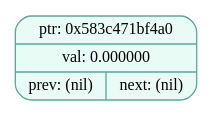
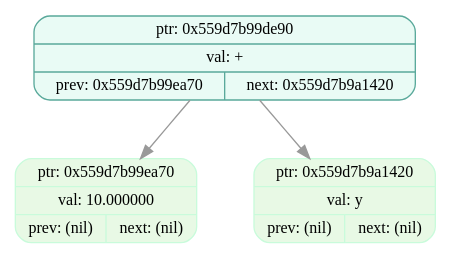
One commit to EvilTomato9890/Difference changed the diagram in dumps/tree_dump_005.dot. Above: the diagram before and after it, drawn with Graphviz. The commit also changed 36 other files, not shown here.

```diff
--- a/dumps/tree_dump_005.dot
+++ b/dumps/tree_dump_005.dot
@@ -1,5 +1,9 @@
 digraph T{
   node [fontname="Fira Mono",shape=record,style="filled,rounded",fontsize=12];
   graph [splines=true, nodesep=0.6, ranksep=0.6];
-  node_0x583c471bf4a0[shape=record,label="{ {ptr: 0x583c471bf4a0} | {val: 0.000000} | { prev: (nil) | next: (nil) } }",color="#5aa99b",fillcolor="#e9fbf5"];
+  node_0x559d7b99de90[shape=record,label="{ {ptr: 0x559d7b99de90} | {val: +} | { prev: 0x559d7b99ea70 | next: 0x559d7b9a1420 } }",color="#5aa99b",fillcolor="#e9fbf5"];
+  node_0x559d7b99ea70[shape=record,label="{ {ptr: 0x559d7b99ea70} | {val: 10.000000} | { prev: (nil) | next: (nil) } }",color="#c9fbdbff",fillcolor="#e8f9e5ff"];
+  node_0x559d7b9a1420[shape=record,label="{ {ptr: 0x559d7b9a1420} | {val: y} | { prev: (nil) | next: (nil) } }",color="#c9fbdbff",fillcolor="#e8f9e5ff"];
+  node_0x559d7b99de90 -> node_0x559d7b99ea70 [color="#999999"];
+  node_0x559d7b99de90 -> node_0x559d7b9a1420 [color="#999999"];
 }
```
